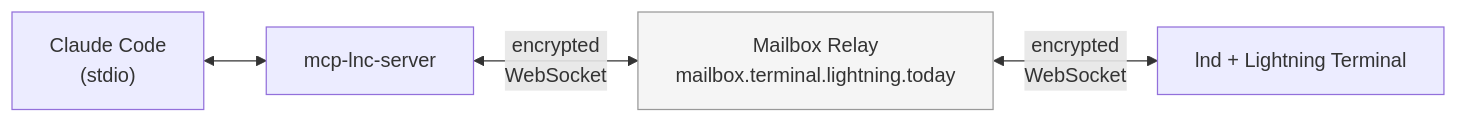
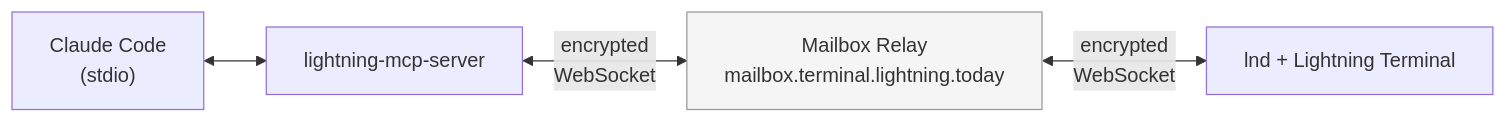
One commit to Liongrass/lightning-agent-tools changed the diagram in docs/mcp-server.md. Above: the diagram before and after it, drawn with Mermaid. The commit also changed other lines of this file and 45 other files, not shown here.

First line of the commit message:
rename: mcp-server -> lightning-mcp-server

````diff
--- a/docs/mcp-server.md
+++ b/docs/mcp-server.md
@@ -25,8 +25,8 @@
 ```mermaid
 graph LR
-    CC["Claude Code<br/>(stdio)"] <--> MCP["mcp-lnc-server"]
+    CC["Claude Code<br/>(stdio)"] <--> MCP["lightning-mcp-server"]
     MCP <-->|"encrypted<br/>WebSocket"| MB["Mailbox Relay<br/>mailbox.terminal.lightning.today"]
     MB <-->|"encrypted<br/>WebSocket"| LND["lnd + Lightning Terminal"]
 
     style MB fill:#f5f5f5,stroke:#999
 ```
````
